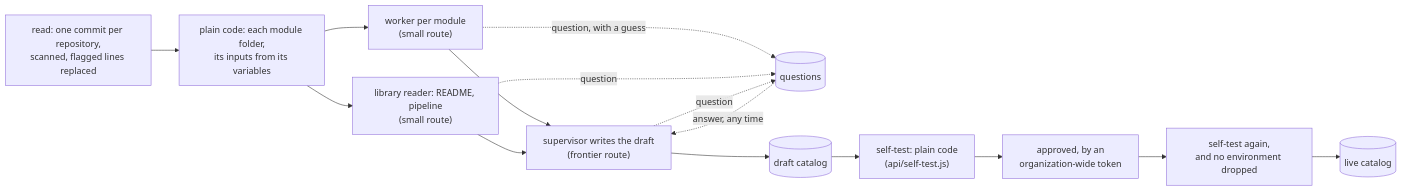
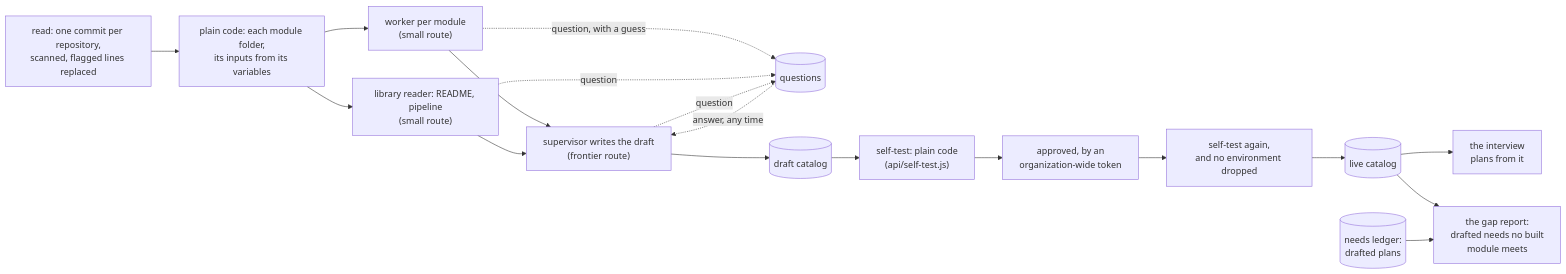
One commit to GregKliewer/sealeye changed diagram 11 of 13 in docs/ARCHITECTURE.md. Above: the diagram before and after it, drawn with Mermaid. The commit also changed other lines of this file and 4 other files, not shown here.

````diff
--- a/docs/ARCHITECTURE.md
+++ b/docs/ARCHITECTURE.md
@@ -488,17 +501,20 @@
 ```mermaid
 flowchart LR
   read["read: one commit per repository,<br/>scanned, flagged lines replaced"] --> plan["plain code: each module folder,<br/>its inputs from its variables"]
   plan --> w1["worker per module<br/>(small route)"]
   plan --> lib["library reader: README, pipeline<br/>(small route)"]
   w1 --> sup["supervisor writes the draft<br/>(frontier route)"]
   lib --> sup
   w1 -. "question, with a guess" .-> q[("questions")]
   lib -. "question" .-> q
   sup -. "question" .-> q
   q -. "answer, any time" .-> sup
   sup --> draft[("draft catalog")]
   draft --> test["self-test: plain code<br/>(api/self-test.js)"]
   test --> approve["approved, by an<br/>organization-wide token"]
   approve --> test2["self-test again,<br/>and no environment dropped"]
   test2 --> live[("live catalog")]
+  live --> interview["the interview<br/>plans from it"]
+  live --> gapreport["the gap report:<br/>drafted needs no built<br/>module meets"]
+  ledger[("needs ledger:<br/>drafted plans")] --> gapreport
 ```
````
